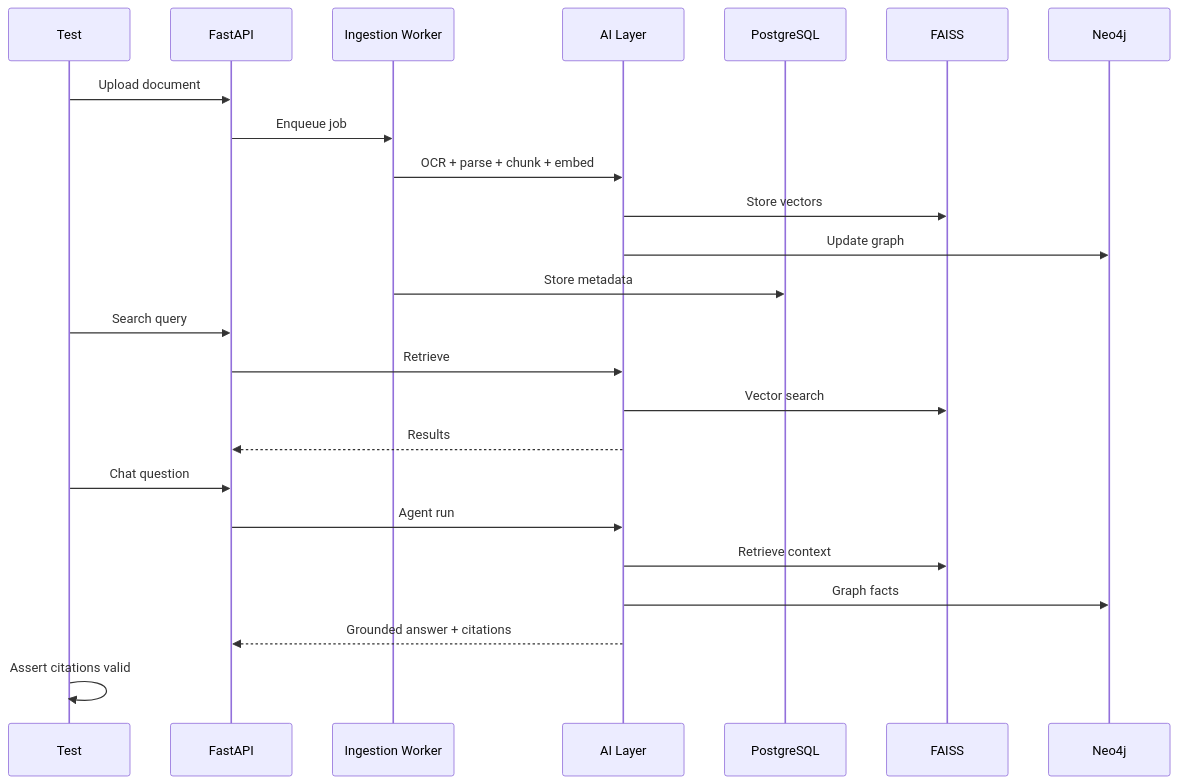
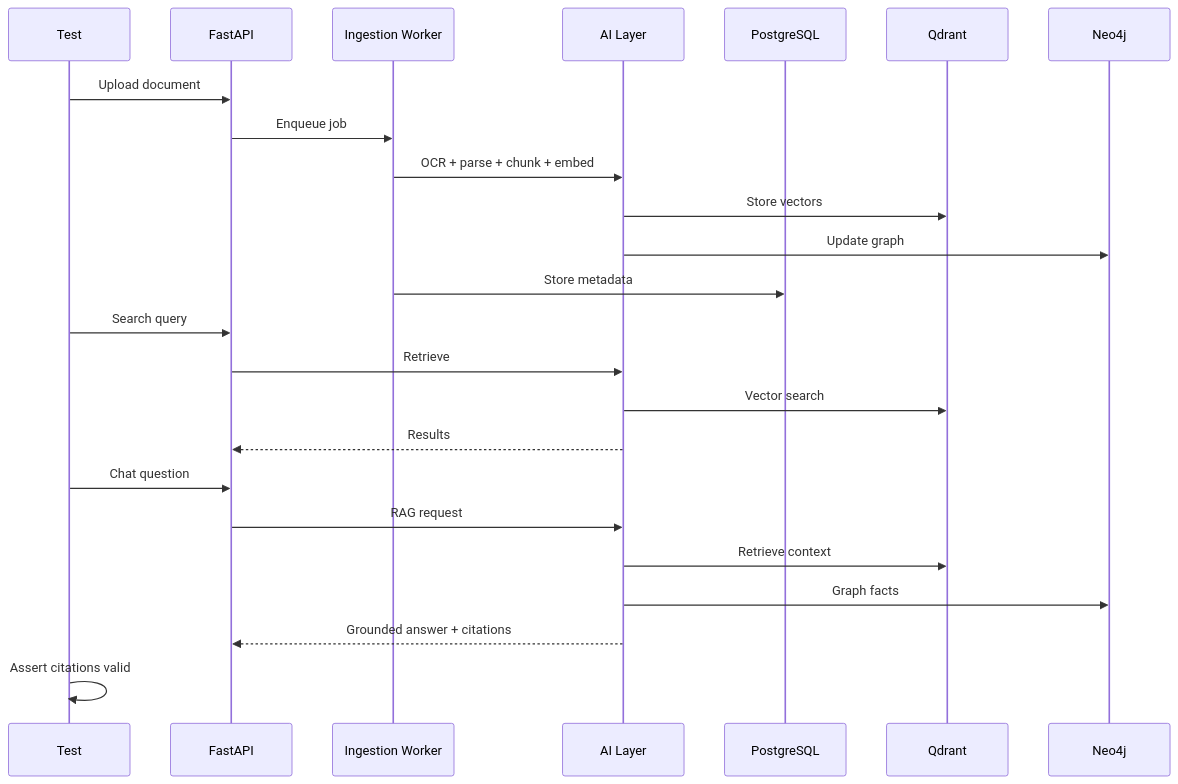
Before and after one commit to pratapVansh/TRACE: the seventh of 7 diagrams in docs/16_TESTING_STRATEGY.md, drawn with Mermaid. The commit also changed other lines of this file and 60 other files, not shown here.

````diff
--- a/docs/16_TESTING_STRATEGY.md
+++ b/docs/16_TESTING_STRATEGY.md
@@ -351,27 +359,27 @@
 ```mermaid
 sequenceDiagram
     participant Test
     participant API as FastAPI
     participant Worker as Ingestion Worker
     participant AI as AI Layer
     participant DB as PostgreSQL
-    participant VEC as FAISS
+    participant VEC as Qdrant
     participant NEO as Neo4j
 
     Test->>API: Upload document
     API->>Worker: Enqueue job
     Worker->>AI: OCR + parse + chunk + embed
     AI->>VEC: Store vectors
     AI->>NEO: Update graph
     Worker->>DB: Store metadata
     Test->>API: Search query
     API->>AI: Retrieve
     AI->>VEC: Vector search
     AI-->>API: Results
     Test->>API: Chat question
-    API->>AI: Agent run
+    API->>AI: RAG request
     AI->>VEC: Retrieve context
     AI->>NEO: Graph facts
     AI-->>API: Grounded answer + citations
     Test->>Test: Assert citations valid
 ```
````
